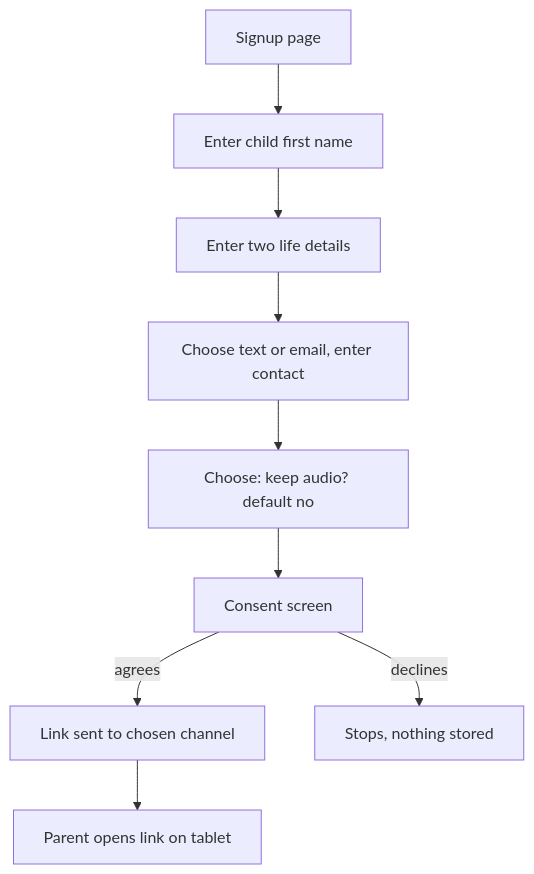
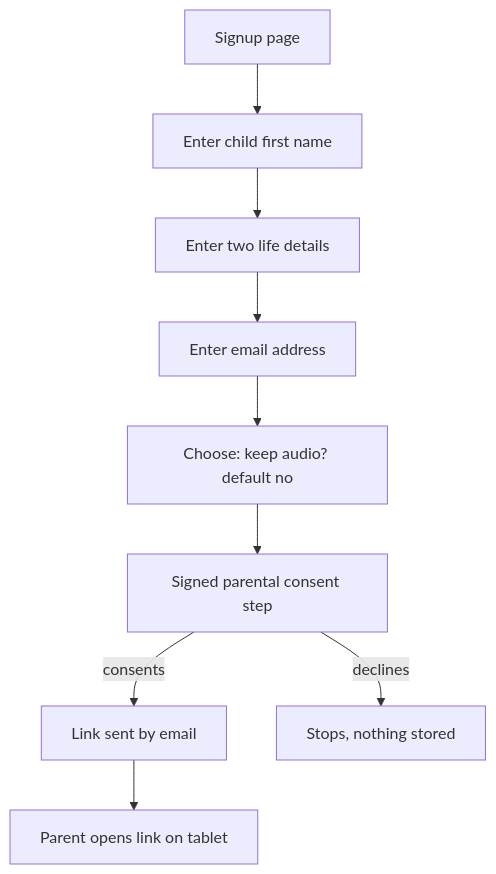
One commit to Nishi46/primer changed the first of 3 diagrams in docs/03-ux-flows.md. Above: the diagram before and after it, drawn with Mermaid. The commit also changed other lines of this file and 4 other files, not shown here.

````diff
--- a/docs/03-ux-flows.md
+++ b/docs/03-ux-flows.md
@@ -9,11 +9,11 @@
 ```mermaid
 flowchart TD
     A[Signup page] --> B[Enter child first name]
     B --> C[Enter two life details]
-    C --> D[Choose text or email, enter contact]
+    C --> D[Enter email address]
     D --> E[Choose: keep audio? default no]
-    E --> F[Consent screen]
-    F -->|agrees| G[Link sent to chosen channel]
+    E --> F[Signed parental consent step]
+    F -->|consents| G[Link sent by email]
     F -->|declines| H[Stops, nothing stored]
     G --> I[Parent opens link on tablet]
 ```
````
